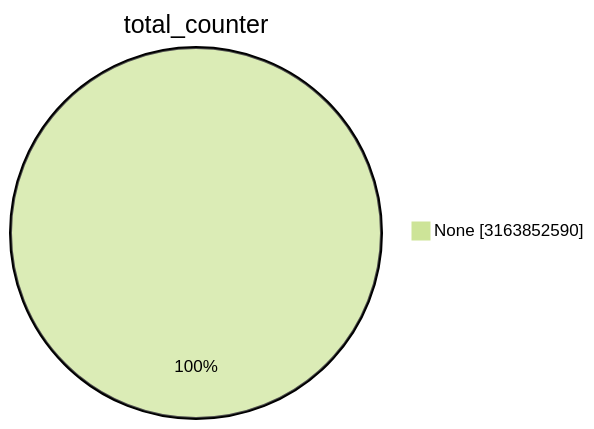
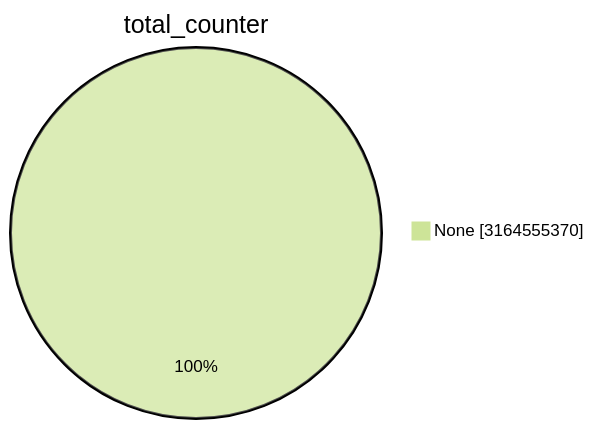
Before and after one commit to christiankrug/ctmonitor_visualization: the first of 15 diagrams in TOTAL/README.md, drawn with Mermaid (forest theme). The commit also changed other lines of this file, not shown here.

````diff
--- a/TOTAL/README.md
+++ b/TOTAL/README.md
@@ -1,5 +1,5 @@
 ```mermaid
 pie showData
 title total_counter
-"None" :3163852590
+"None" :3164555370
 ```
````
